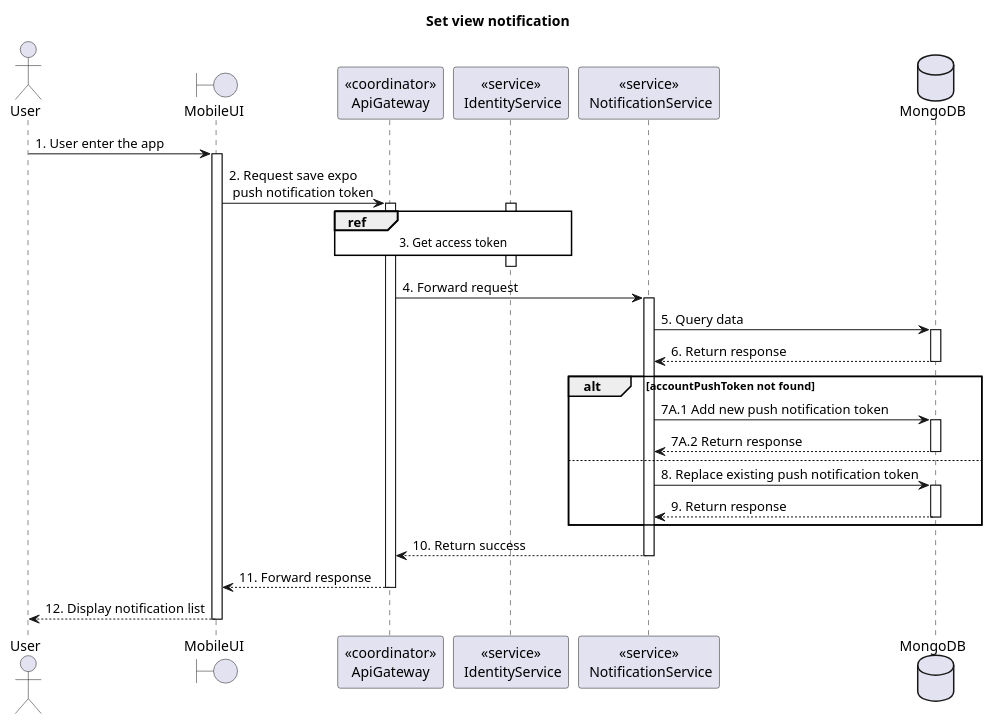
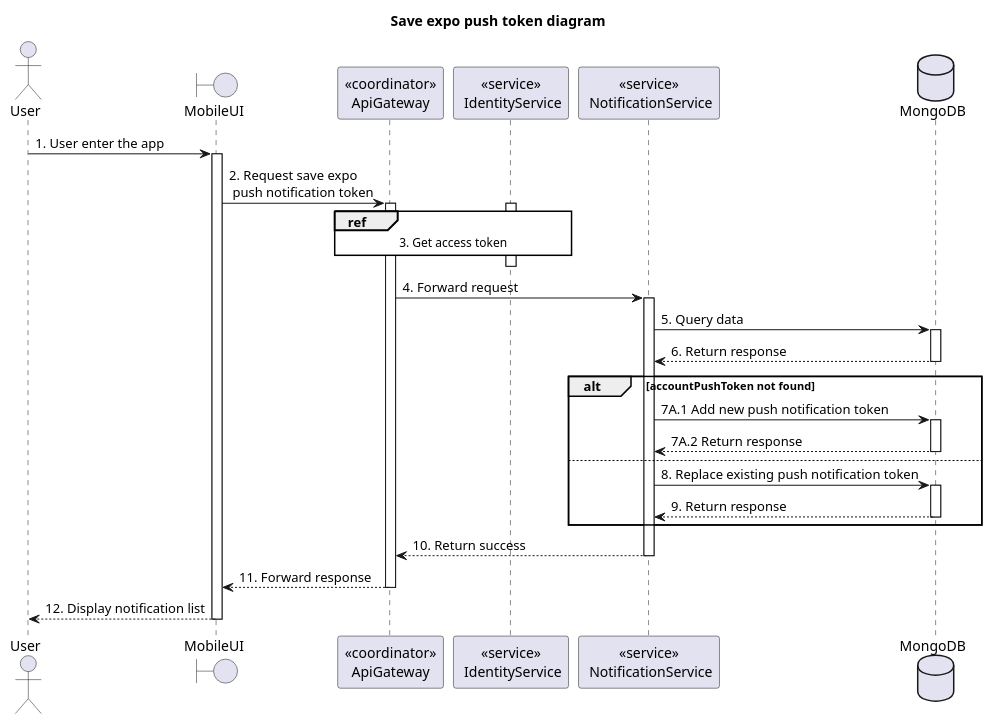
One commit to Carl-Johnsons/tastopia changed the diagram in doc/SDS/Notification/Save Expo Push Token/Sequence.plantuml. Above: the diagram before and after it, drawn with PlantUML. The commit also changed 10 other files, not shown here.

```diff
--- a/doc/SDS/Notification/Save Expo Push Token/Sequence.plantuml
+++ b/doc/SDS/Notification/Save Expo Push Token/Sequence.plantuml
@@ -1,44 +1,44 @@
 @startuml Sequence
-title "Set view notification"
+title "Save expo push token diagram"
 
 ' Style section
 <style>
   sequenceDiagram {
     reference {
       BackGroundColor white
     }
 }
 </style>
 
 actor User
 boundary MobileUI
 participant "<<coordinator>>\nApiGateway" as ApiGateway
 participant "<<service>>\n IdentityService" as IdentityService
 participant "<<service>>\n NotificationService" as NotificationService
 database MongoDB
 
 User -> MobileUI ++: 1. User enter the app
 MobileUI -> ApiGateway ++: 2. Request save expo \n push notification token
 
 activate IdentityService
 ref over ApiGateway, IdentityService: 3. Get access token
 ApiGateway -[hidden]-> IdentityService
 deactivate IdentityService
 
 ApiGateway -> NotificationService ++: 4. Forward request
 
 NotificationService -> MongoDB++: 5. Query data
 NotificationService <-- MongoDB--: 6. Return response
 
 alt accountPushToken not found
   NotificationService -> MongoDB++: 7A.1 Add new push notification token
   NotificationService <-- MongoDB--: 7A.2 Return response
 else
   NotificationService -> MongoDB++: 8. Replace existing push notification token
   NotificationService <-- MongoDB--: 9. Return response
 end
 ApiGateway <-- NotificationService--: 10. Return success
 MobileUI <-- ApiGateway--: 11. Forward response
 User <-- MobileUI--: 12. Display notification list
 
 @enduml
```
